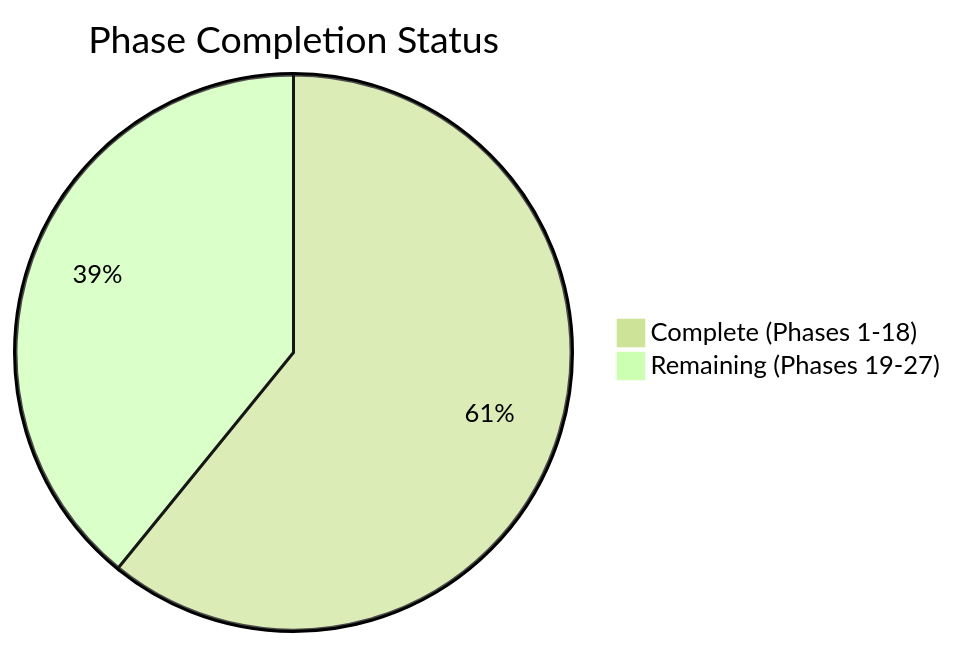
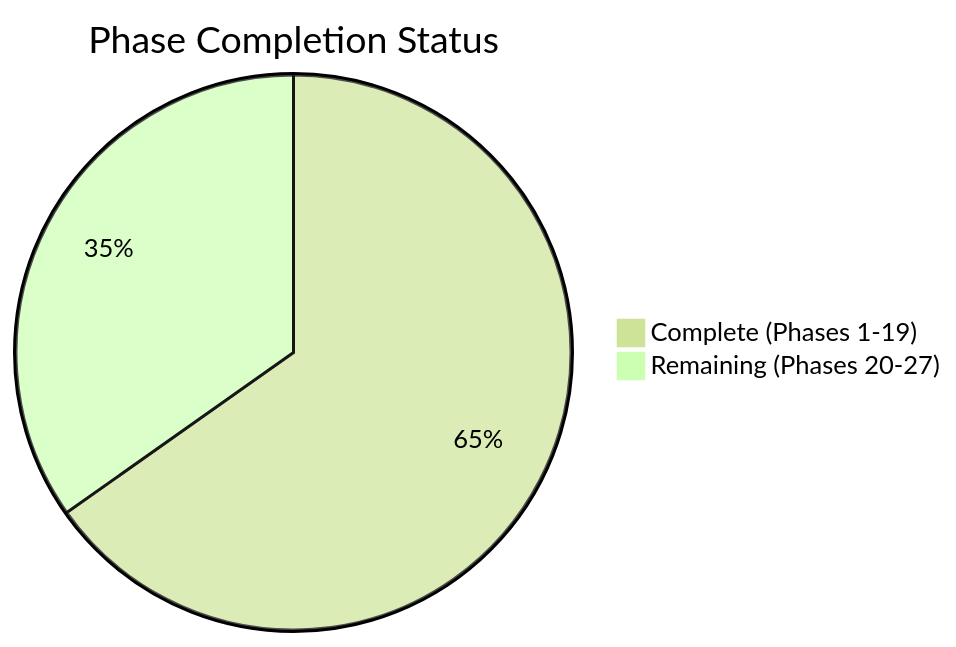
Before and after one commit to Nani040905/mobile-legal-ai-assistant: the first of 2 diagrams in docs/07-roadmap.md, drawn with Mermaid (forest theme). The commit also changed other lines of this file and 3 other files, not shown here.

Commit message:
Docs: Update architecture documentation for Phase 19 Timeline Generator

````diff
--- a/docs/07-roadmap.md
+++ b/docs/07-roadmap.md
@@ -5,5 +5,5 @@
 ```mermaid
 pie title Phase Completion Status
-    "Complete (Phases 1-18)" : 14
-    "Remaining (Phases 19-27)" : 9
+    "Complete (Phases 1-19)" : 15
+    "Remaining (Phases 20-27)" : 8
 ```
````
